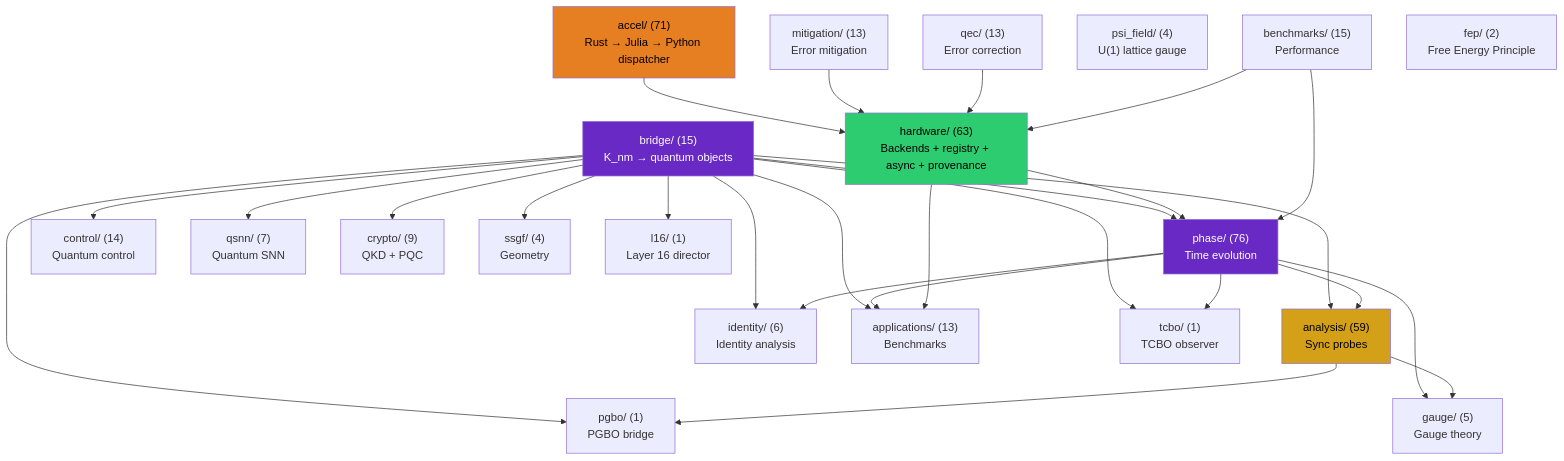
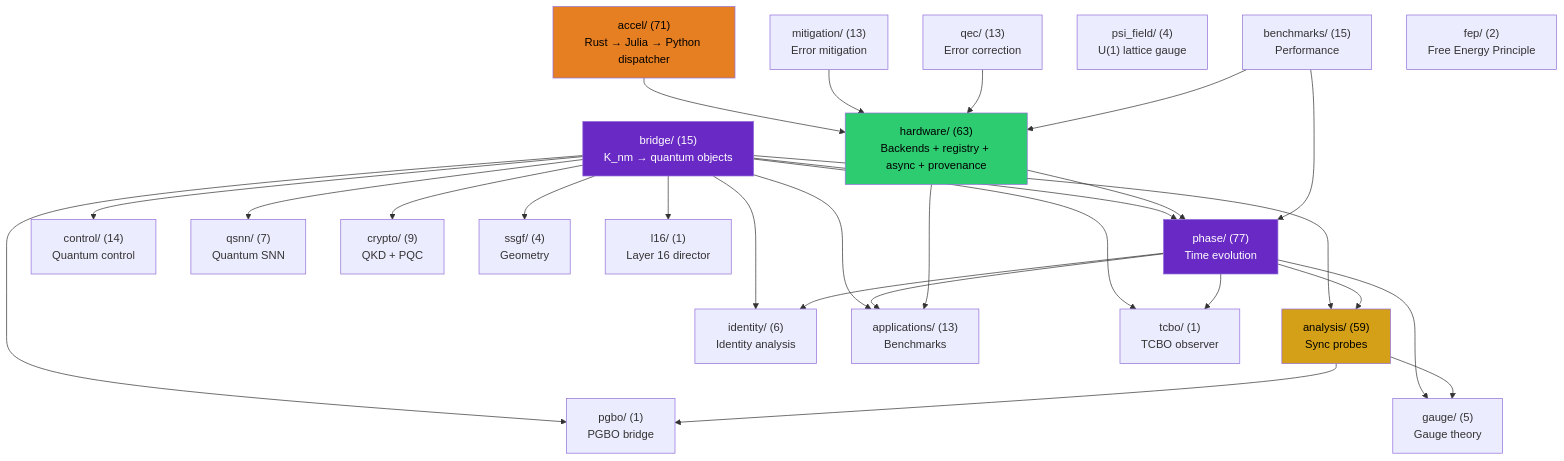
Before and after one commit to anulum/scpn-quantum-control: the first of 4 diagrams in docs/architecture.md, drawn with Mermaid. The commit also changed other lines of this file and 14 other files, not shown here.

````diff
--- a/docs/architecture.md
+++ b/docs/architecture.md
@@ -91,55 +91,55 @@
 ```mermaid
 graph TD
     bridge["bridge/ (15)\nK_nm → quantum objects"]
-    phase["phase/ (76)\nTime evolution"]
+    phase["phase/ (77)\nTime evolution"]
     analysis["analysis/ (59)\nSync probes"]
     control["control/ (14)\nQuantum control"]
     qsnn["qsnn/ (7)\nQuantum SNN"]
     identity["identity/ (6)\nIdentity analysis"]
     hardware["hardware/ (63)\nBackends + registry + async + provenance"]
     mitigation["mitigation/ (13)\nError mitigation"]
     qec["qec/ (13)\nError correction"]
     gauge["gauge/ (5)\nGauge theory"]
     apps["applications/ (13)\nBenchmarks"]
     crypto["crypto/ (9)\nQKD + PQC"]
     benchmarks["benchmarks/ (15)\nPerformance"]
     ssgf["ssgf/ (4)\nGeometry"]
     psi_field["psi_field/ (4)\nU(1) lattice gauge"]
     accel["accel/ (71)\nRust → Julia → Python dispatcher"]
     fep["fep/ (2)\nFree Energy Principle"]
     tcbo["tcbo/ (1)\nTCBO observer"]
     pgbo["pgbo/ (1)\nPGBO bridge"]
     l16["l16/ (1)\nLayer 16 director"]
 
     bridge --> phase
     bridge --> analysis
     bridge --> control
     bridge --> qsnn
     bridge --> identity
     bridge --> apps
     bridge --> crypto
     bridge --> ssgf
     phase --> analysis
     phase --> identity
     phase --> apps
     phase --> gauge
     analysis --> gauge
     hardware --> phase
     hardware --> apps
     accel --> hardware
     mitigation --> hardware
     qec --> hardware
     benchmarks --> phase
     benchmarks --> hardware
     bridge --> tcbo
     bridge --> pgbo
     bridge --> l16
     phase --> tcbo
     analysis --> pgbo
 
     style bridge fill:#6929C4,color:#fff
     style analysis fill:#d4a017,color:#000
     style phase fill:#6929C4,color:#fff
     style hardware fill:#2ecc71,color:#000
     style accel fill:#e67e22,color:#000
 ```
````
